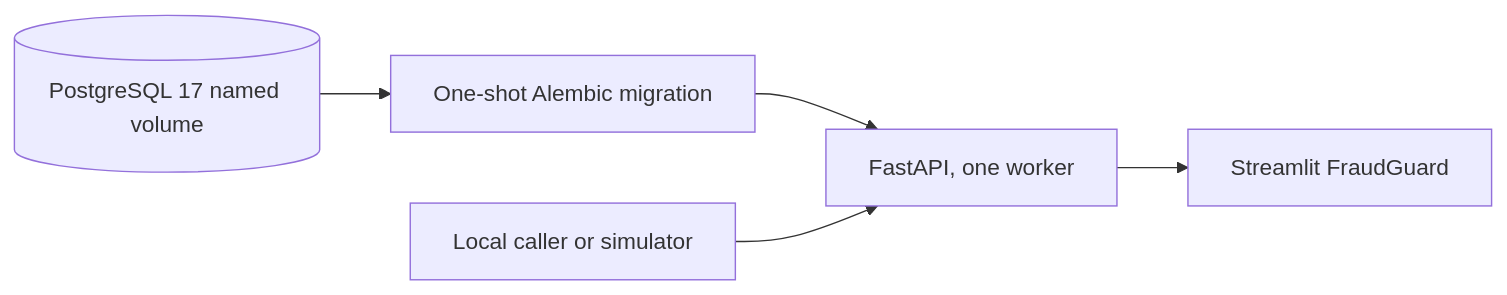
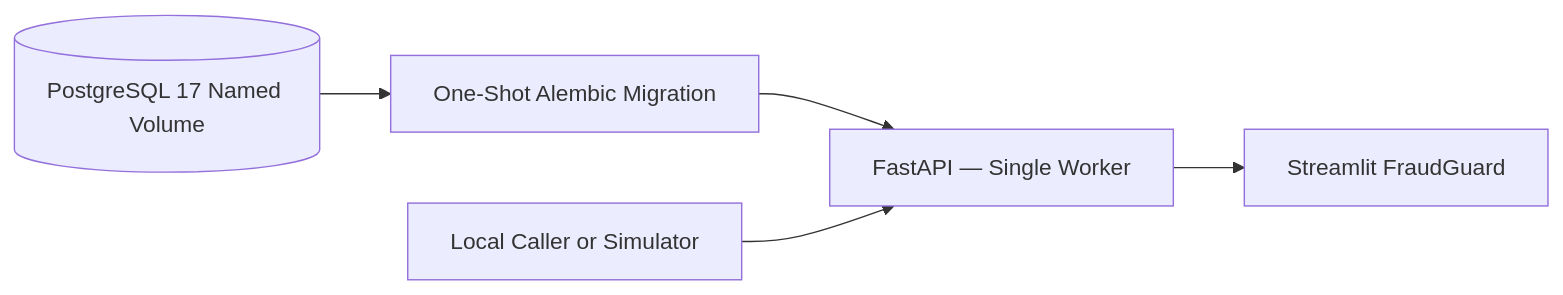
One commit to marwan-sitten60/fraud-detection-risk-decisioning-system changed the fifth of 5 diagrams in docs/architecture.md. Above: the diagram before and after it, drawn with Mermaid. The commit also changed other lines of this file and 1 other file, not shown here.

Commit message:
docs: fix GitHub Mermaid architecture rendering

````diff
--- a/docs/architecture.md
+++ b/docs/architecture.md
@@ -80,7 +80,7 @@
 ```mermaid
 flowchart LR
-    DB[(PostgreSQL 17 named volume)] --> MIG[One-shot Alembic migration]
-    MIG --> API[FastAPI, one worker]
-    API --> DASH[Streamlit FraudGuard]
-    Client[Local caller or simulator] --> API
+    DB[("PostgreSQL 17 Named Volume")] --> MIG["One-Shot Alembic Migration"]
+    MIG --> API["FastAPI — Single Worker"]
+    API --> DASH["Streamlit FraudGuard"]
+    Client["Local Caller or Simulator"] --> API
 ```
````
